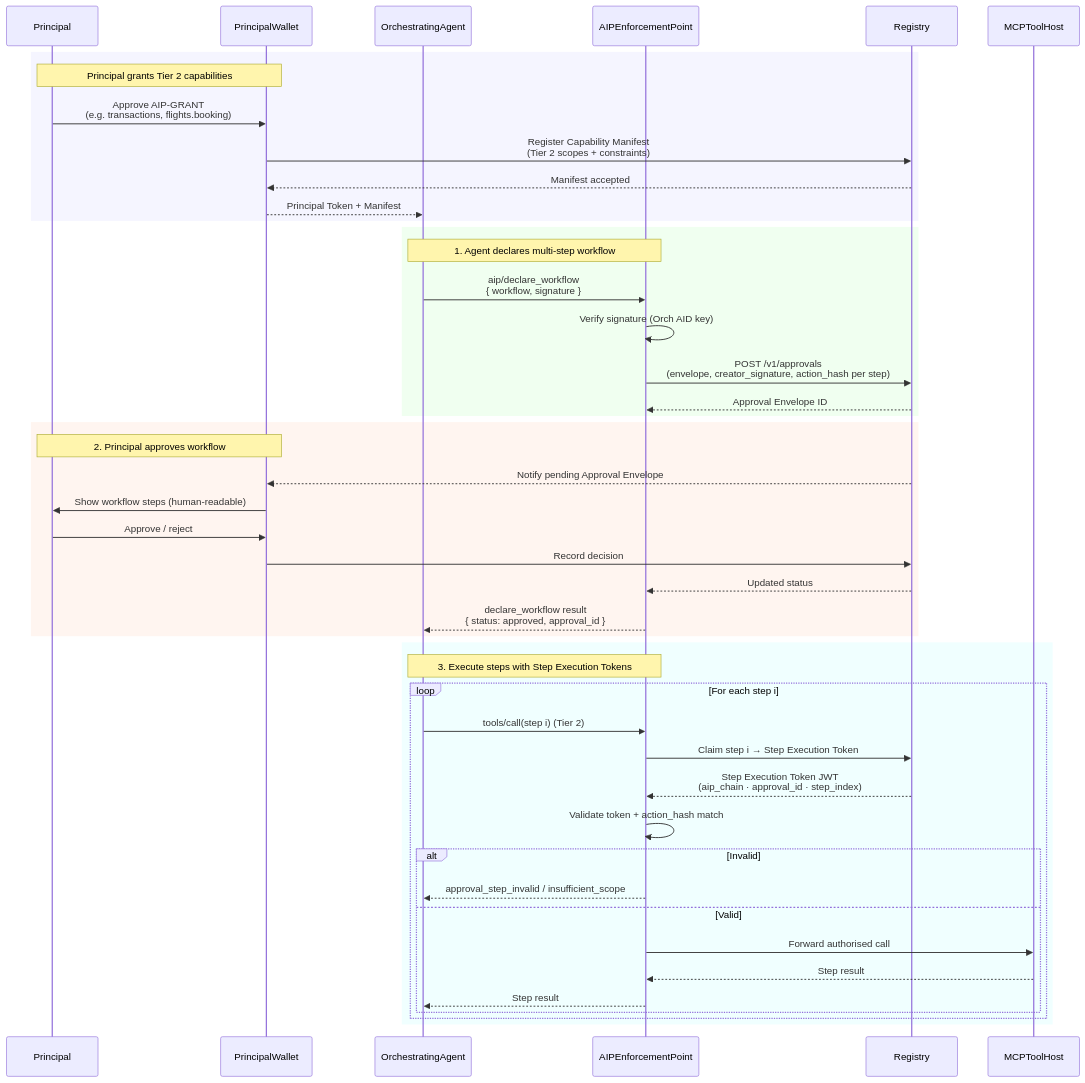
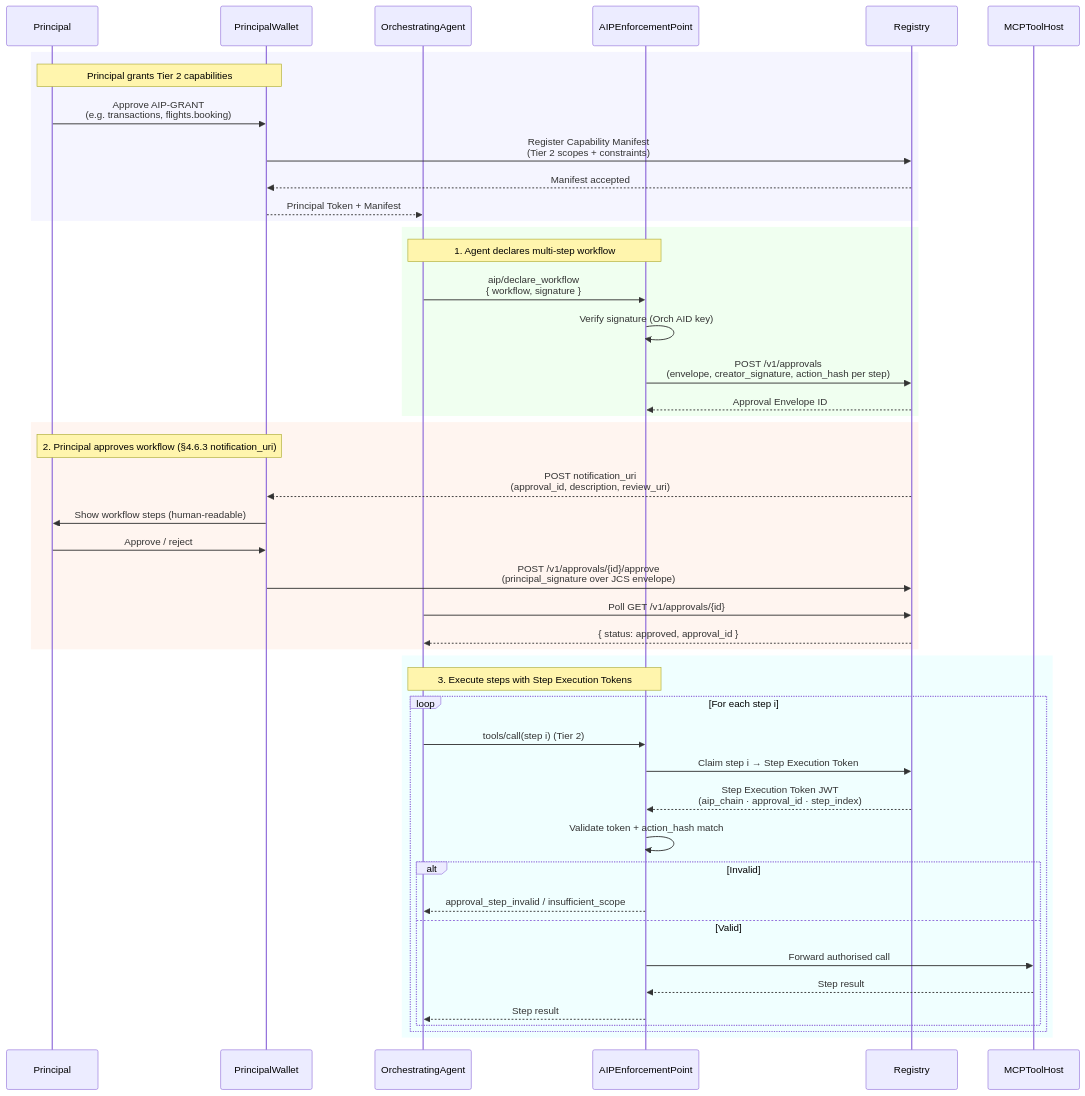
Before and after one commit to provai-dev/aip-spec: the sixth of 6 diagrams in README.md, drawn with Mermaid. The commit also changed other lines of this file and 1 other file, not shown here.

````diff
--- a/README.md
+++ b/README.md
@@ -297,52 +297,52 @@
 ```mermaid
 sequenceDiagram
     participant P as Principal
     participant W as PrincipalWallet
     participant Orch as OrchestratingAgent
     participant AEP as AIPEnforcementPoint
     participant Reg as Registry
     participant MCP as MCPToolHost
 
     rect rgb(245,245,255)
     note over P,W: Principal grants Tier 2 capabilities
     P->>W: Approve AIP-GRANT<br/>(e.g. transactions, flights.booking)
     W->>Reg: Register Capability Manifest<br/>(Tier 2 scopes + constraints)
     Reg-->>W: Manifest accepted
     W-->>Orch: Principal Token + Manifest
     end
 
     rect rgb(240,255,240)
     note over Orch,AEP: 1. Agent declares multi-step workflow
     Orch->>AEP: aip/declare_workflow<br/>{ workflow, signature }
     AEP->>AEP: Verify signature (Orch AID key)
     AEP->>Reg: POST /v1/approvals<br/>(envelope, creator_signature, action_hash per step)
     Reg-->>AEP: Approval Envelope ID
     end
 
     rect rgb(255,245,240)
-    note over P,W: 2. Principal approves workflow
-    Reg-->>W: Notify pending Approval Envelope
+    note over P,W: 2. Principal approves workflow (§4.6.3 notification_uri)
+    Reg-->>W: POST notification_uri<br/>(approval_id, description, review_uri)
     W->>P: Show workflow steps (human-readable)
     P->>W: Approve / reject
-    W->>Reg: Record decision
-    Reg-->>AEP: Updated status
-    AEP-->>Orch: declare_workflow result<br/>{ status: approved, approval_id }
+    W->>Reg: POST /v1/approvals/{id}/approve<br/>(principal_signature over JCS envelope)
+    Orch->>Reg: Poll GET /v1/approvals/{id}
+    Reg-->>Orch: { status: approved, approval_id }
     end
 
     rect rgb(240,255,255)
     note over Orch,AEP: 3. Execute steps with Step Execution Tokens
     loop For each step i
         Orch->>AEP: tools/call(step i) (Tier 2)
         AEP->>Reg: Claim step i → Step Execution Token
         Reg-->>AEP: Step Execution Token JWT<br/>(aip_chain · approval_id · step_index)
         AEP->>AEP: Validate token + action_hash match
         alt Invalid
             AEP-->>Orch: approval_step_invalid / insufficient_scope
         else Valid
             AEP->>MCP: Forward authorised call
             MCP-->>AEP: Step result
             AEP-->>Orch: Step result
         end
     end
     end
 ```
````
